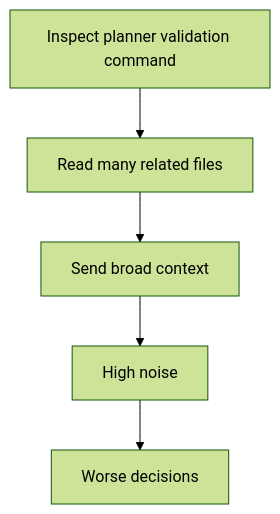
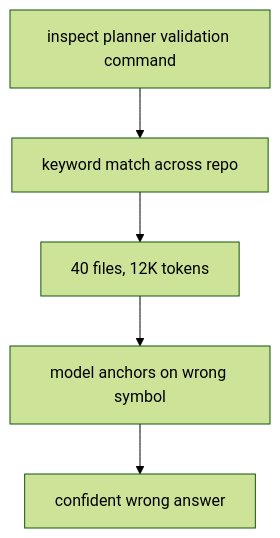
One commit to w1ne/ProjectKitty changed the first of 4 diagrams in docs/articles/ARTICLE_2_READING_CODE.md. Above: the diagram before and after it, drawn with Mermaid (forest theme). The commit also changed other lines of this file, not shown here.

````diff
--- a/docs/articles/ARTICLE_2_READING_CODE.md
+++ b/docs/articles/ARTICLE_2_READING_CODE.md
@@ -26,7 +35,7 @@
 ```mermaid
 flowchart TD
-    A[Inspect planner validation command] --> B[Read many related files]
-    B --> C[Send broad context]
-    C --> D[High noise]
-    D --> E[Worse decisions]
+    A[inspect planner validation command] --> B[keyword match across repo]
+    B --> C[40 files, 12K tokens]
+    C --> D[model anchors on wrong symbol]
+    D --> E[confident wrong answer]
 ```
````
